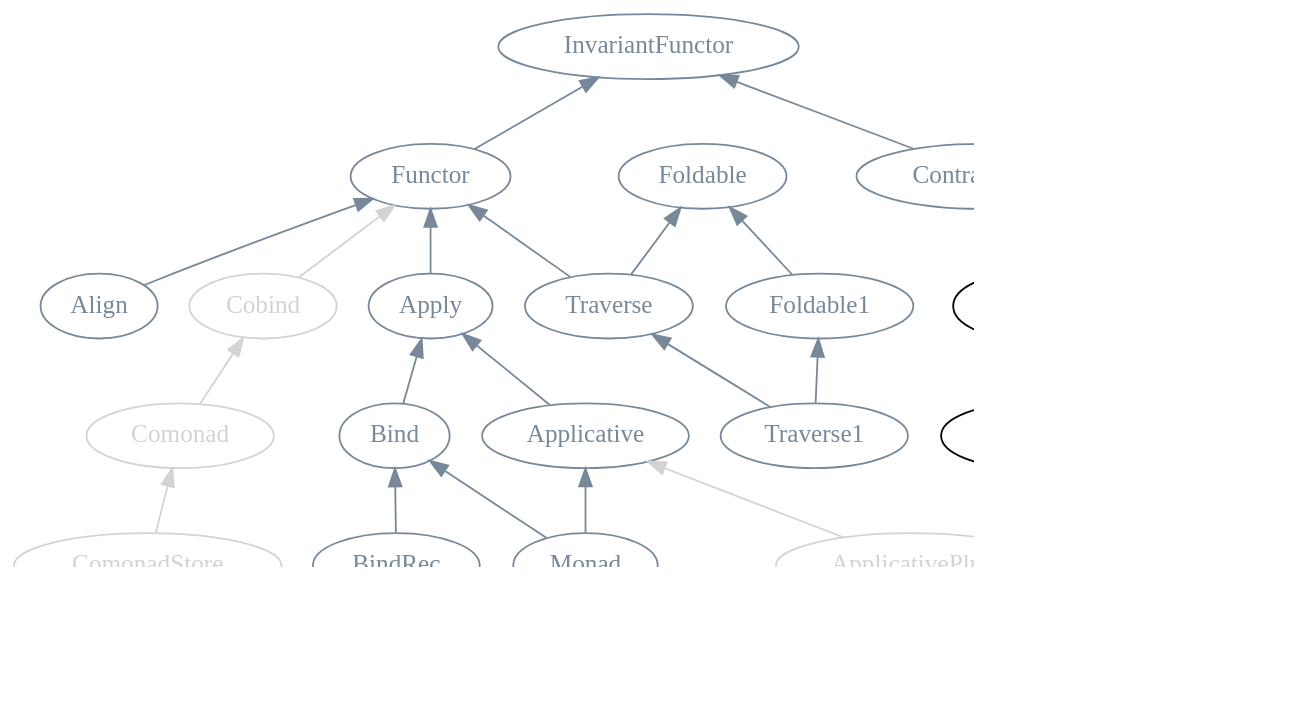
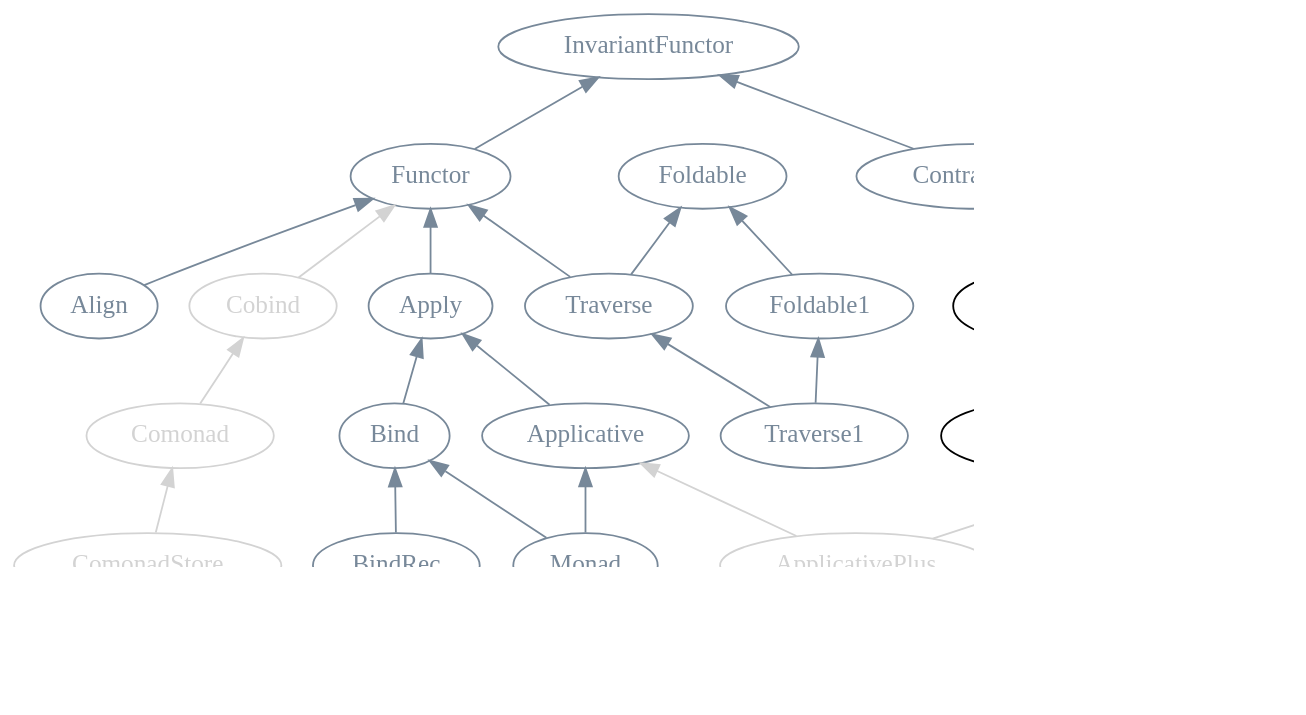
Before and after one commit to fommil/fpmortals: diagram 11 of 12 in manuscript/book.org, drawn with Graphviz. The commit also changed other lines of this file and 8 other files, not shown here.

Commit message:
MonadPlus and friends

```diff
--- a/manuscript/book.org
+++ b/manuscript/book.org
@@ -4940,67 +4958,71 @@
 #+BEGIN_SRC dot :file images/scalaz-divide.png :exports results
 digraph G {
     graph [dpi=100, rankdir=BT];
     node [fontname=Hack];
     node [fontcolor=lightgray,color=lightgray];
     edge [color=lightgray]
 
     Bind [fontcolor=lightslategray,color=lightslategray];
     Apply [fontcolor=lightslategray,color=lightslategray];
     BindRec [fontcolor=lightslategray,color=lightslategray];
     Contravariant [fontcolor=lightslategray,color=lightslategray];
     Functor [fontcolor=lightslategray,color=lightslategray];
     InvariantFunctor [fontcolor=lightslategray,color=lightslategray];
     Functor;
     Divide [fontcolor=black,color=black];
     Divisible [fontcolor=black,color=black];
     Apply;
     Applicative [fontcolor=lightslategray,color=lightslategray];
     Foldable1 [fontcolor=lightslategray,color=lightslategray];
     Foldable [fontcolor=lightslategray,color=lightslategray];
     Traverse [fontcolor=lightslategray,color=lightslategray];
     Traverse1 [fontcolor=lightslategray,color=lightslategray];
     Monad [fontcolor=lightslategray,color=lightslategray];
     "Advanced Monads" [style=dashed];
     Cobind;
     Comonad;
+    Plus;
     PlusEmpty;
     IsEmpty;
     ApplicativePlus;
+    MonadPlus;
     ComonadStore;
     Align [fontcolor=lightslategray,color=lightslategray];
 
     Bind -> Apply [color=lightslategray];
     BindRec -> Bind [color=lightslategray];
 
     Contravariant -> InvariantFunctor [color=lightslategray];
     Functor -> InvariantFunctor [color=lightslategray];
 
     Divide -> Contravariant [color=black];
     Divisible -> Divide [color=black];
     Apply -> Functor [color=lightslategray];
     Applicative -> Apply [color=lightslategray];
 
     Foldable1 -> Foldable [color=lightslategray];
     Traverse -> Functor [color=lightslategray];
     Traverse -> Foldable [color=lightslategray];
     Traverse1 -> Traverse [color=lightslategray];
     Traverse1 -> Foldable1 [color=lightslategray];
 
     Monad -> Applicative [color=lightslategray];
     "Advanced Monads" -> Monad;
     Monad -> Bind [color=lightslategray];
  
     Cobind -> Functor;
     Comonad -> Cobind;
 
     PlusEmpty -> Plus;
     IsEmpty -> PlusEmpty;
 
     ApplicativePlus -> Applicative;
     ApplicativePlus -> PlusEmpty;
+    MonadPlus -> ApplicativePlus;
+    MonadPlus -> Monad;
 
     ComonadStore -> Comonad;
 
     Align -> Functor [color=lightslategray];
 }
 #+END_SRC
```
